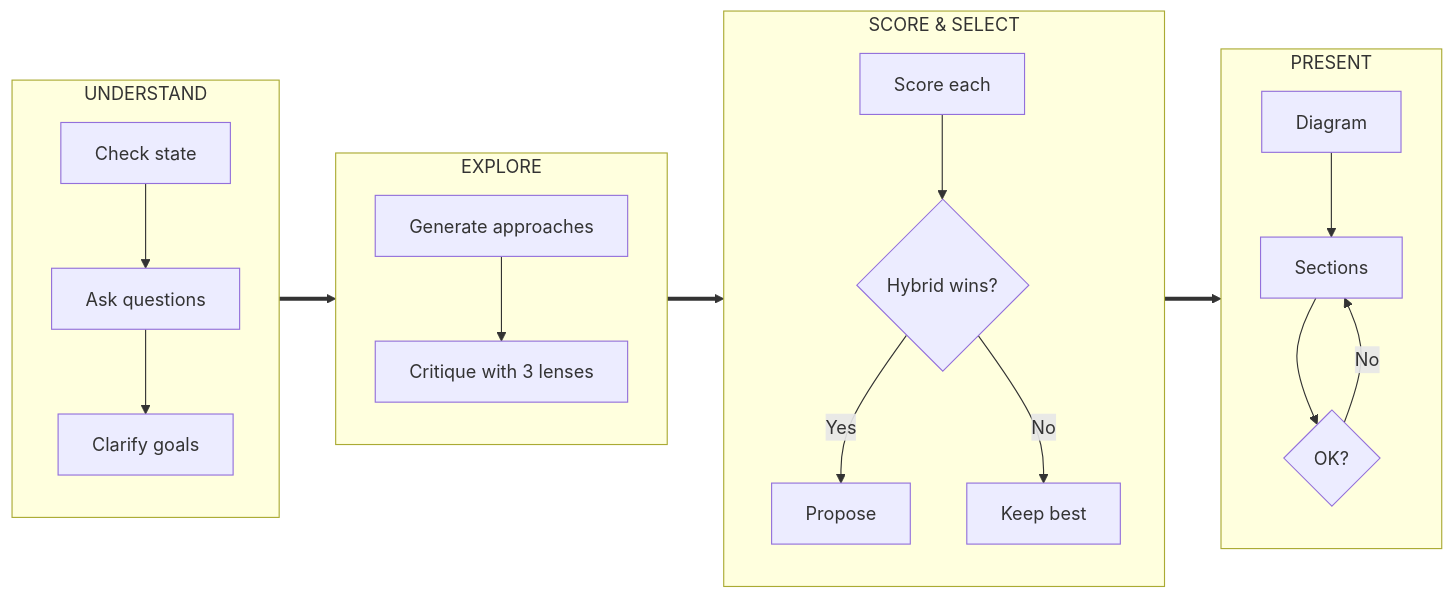
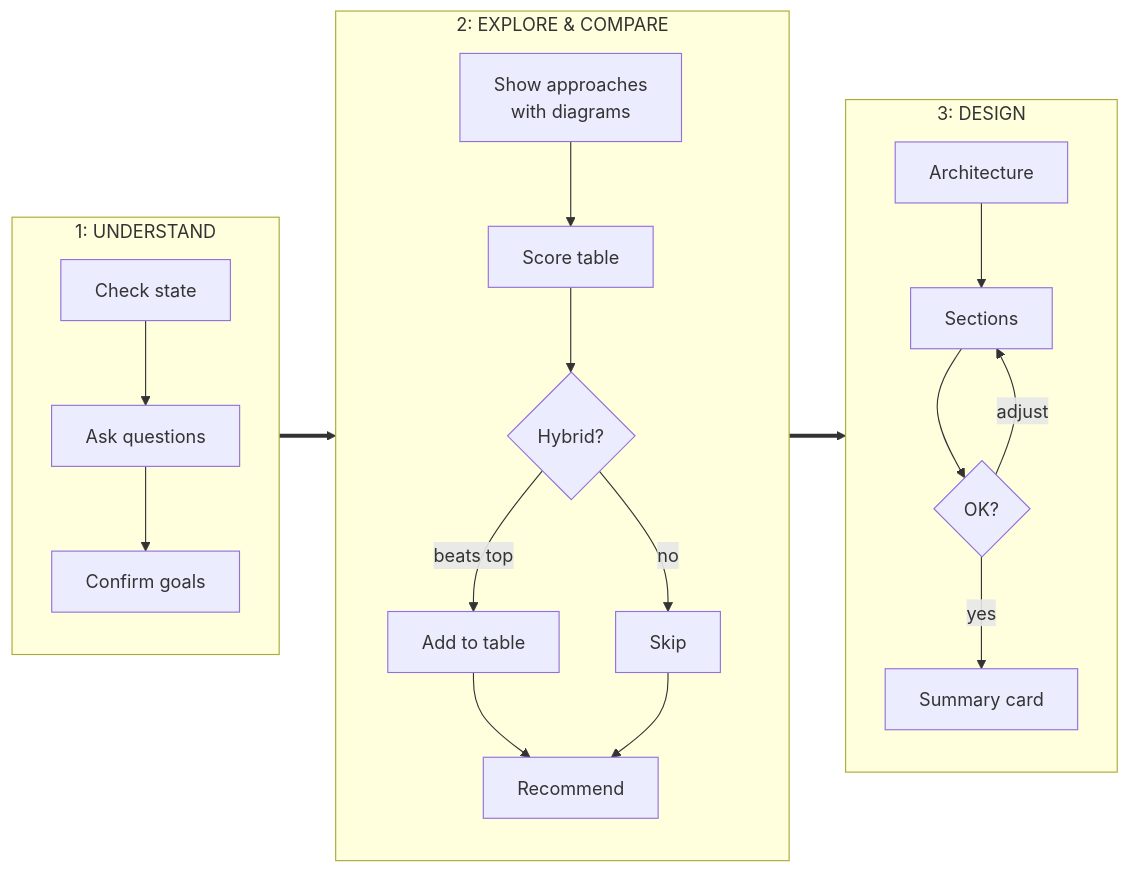
Before and after one commit to bytemines/sherpai: the first of 3 diagrams in skills/brainstorming-mastermind/diagram-reference.md, drawn with Mermaid. The commit also changed other lines of this file and 2 other files, not shown here.

````diff
--- a/skills/brainstorming-mastermind/diagram-reference.md
+++ b/skills/brainstorming-mastermind/diagram-reference.md
@@ -172,19 +150,20 @@
 ```mermaid
 flowchart LR
-    subgraph P1["UNDERSTAND"]
-        P1A["Check state"] --> P1B["Ask questions"] --> P1C["Clarify goals"]
+    subgraph P1["1: UNDERSTAND"]
+        P1A["Check state"] --> P1B["Ask questions"] --> P1C["Confirm goals"]
     end
-    subgraph P2["EXPLORE"]
-        P2A["Generate approaches"] --> P2B["Critique with 3 lenses"]
+    subgraph P2["2: EXPLORE & COMPARE"]
+        P2A["Show approaches<br/>with diagrams"] --> P2B["Score table"]
+        P2B --> P2C{"Hybrid?"}
+        P2C -->|beats top| P2D["Add to table"]
+        P2C -->|no| P2E["Skip"]
+        P2D --> P2F["Recommend"]
+        P2E --> P2F
     end
-    subgraph P3["SCORE & SELECT"]
-        P3A["Score each"] --> P3B{"Hybrid wins?"}
-        P3B -->|Yes| P3C["Propose"]
-        P3B -->|No| P3D["Keep best"]
+    subgraph P3["3: DESIGN"]
+        P3A["Architecture"] --> P3B["Sections"] --> P3C{"OK?"}
+        P3C -->|adjust| P3B
+        P3C -->|yes| P3D["Summary card"]
     end
-    subgraph P4["PRESENT"]
-        P4A["Diagram"] --> P4B["Sections"] --> P4C{"OK?"}
-        P4C -->|No| P4B
-    end
-    P1 ==> P2 ==> P3 ==> P4
+    P1 ==> P2 ==> P3
 ```
````
